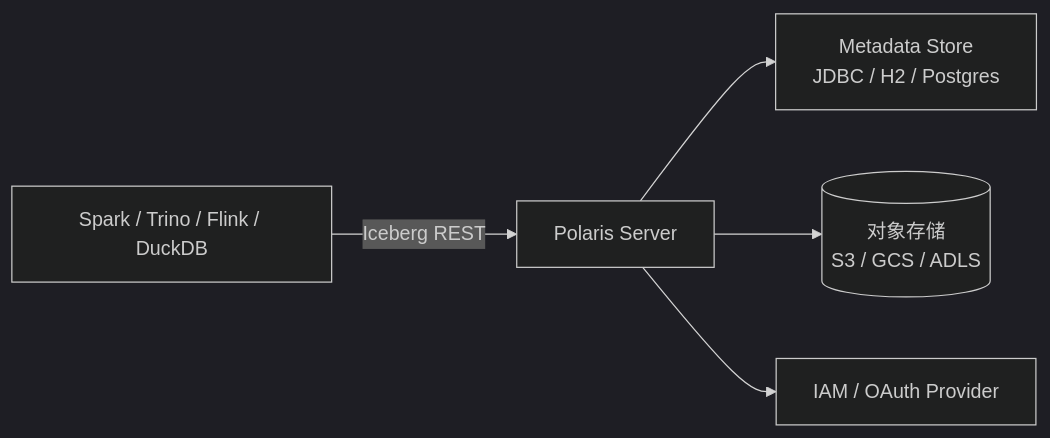
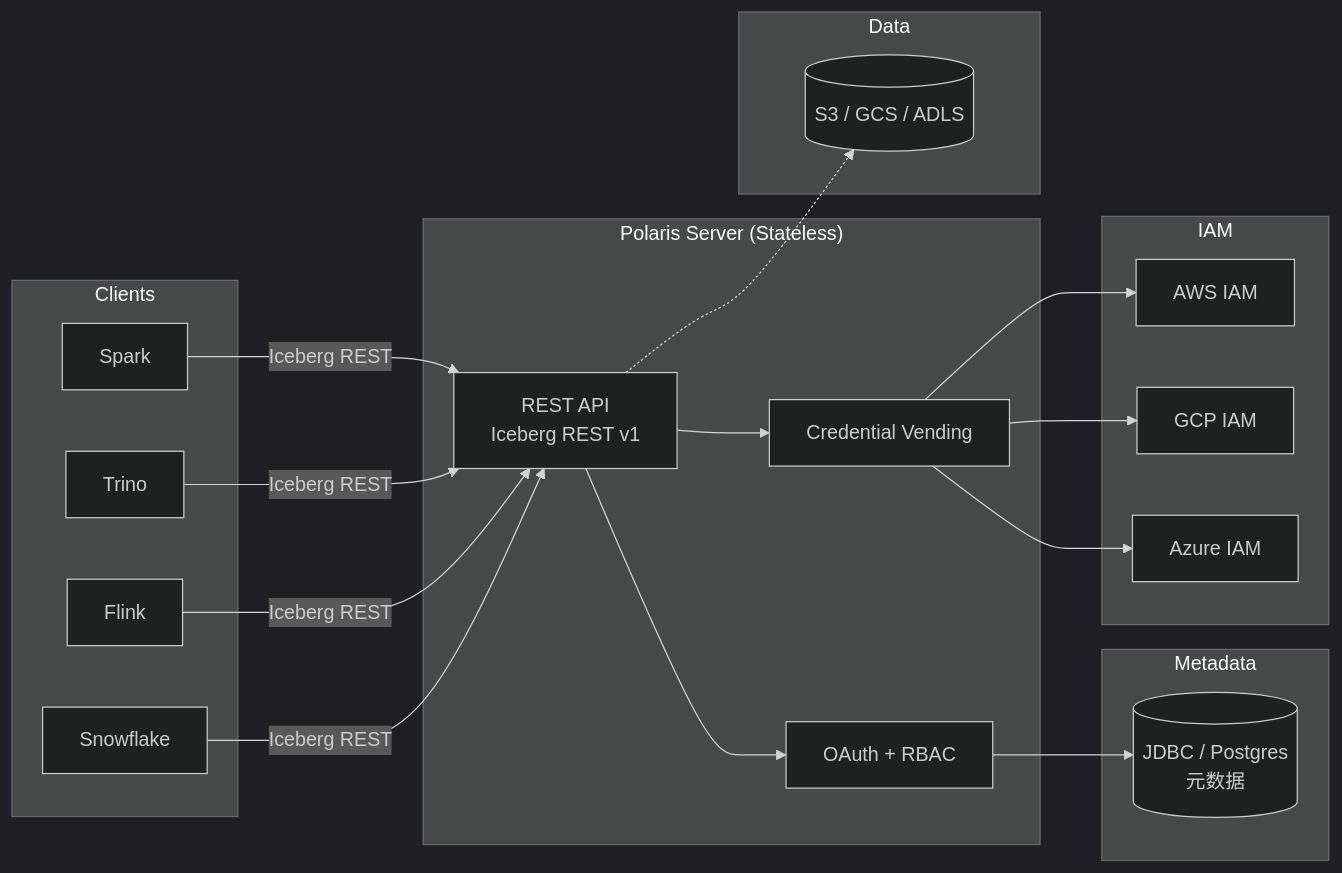
One commit to wangyong9999/lakehouse-wiki changed the diagram in docs/catalog/polaris.md. Above: the diagram before and after it, drawn with Mermaid (dark theme). The commit also changed other lines of this file and 4 other files, not shown here.

````diff
--- a/docs/catalog/polaris.md
+++ b/docs/catalog/polaris.md
@@ -28,7 +65,34 @@
 ```mermaid
 flowchart LR
-  client[Spark / Trino / Flink / DuckDB] -->|Iceberg REST| polaris[Polaris Server]
-  polaris --> meta[Metadata Store<br/>JDBC / H2 / Postgres]
-  polaris --> obj[(对象存储<br/>S3 / GCS / ADLS)]
-  polaris --> iam[IAM / OAuth Provider]
+  subgraph "Clients"
+    spark[Spark]
+    trino[Trino]
+    flink[Flink]
+    sf[Snowflake]
+  end
+
+  subgraph "Polaris Server (Stateless)"
+    rest[REST API<br/>Iceberg REST v1]
+    auth[OAuth + RBAC]
+    vend[Credential Vending]
+  end
+
+  subgraph "Metadata"
+    pg[(JDBC / Postgres<br/>元数据)]
+  end
+
+  subgraph "Data"
+    s3[(S3 / GCS / ADLS)]
+  end
+
+  subgraph "IAM"
+    aws[AWS IAM]
+    gcp[GCP IAM]
+    azure[Azure IAM]
+  end
+
+  spark & trino & flink & sf -->|Iceberg REST| rest
+  rest --> auth --> pg
+  rest --> vend --> aws & gcp & azure
+  rest -.-> s3
 ```
````
